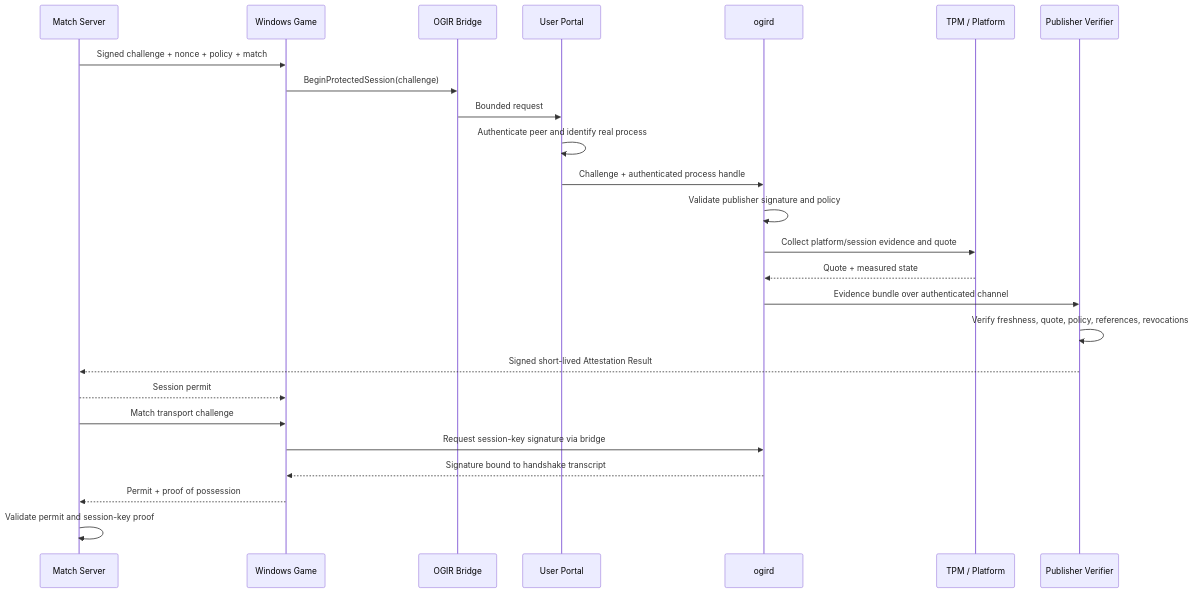
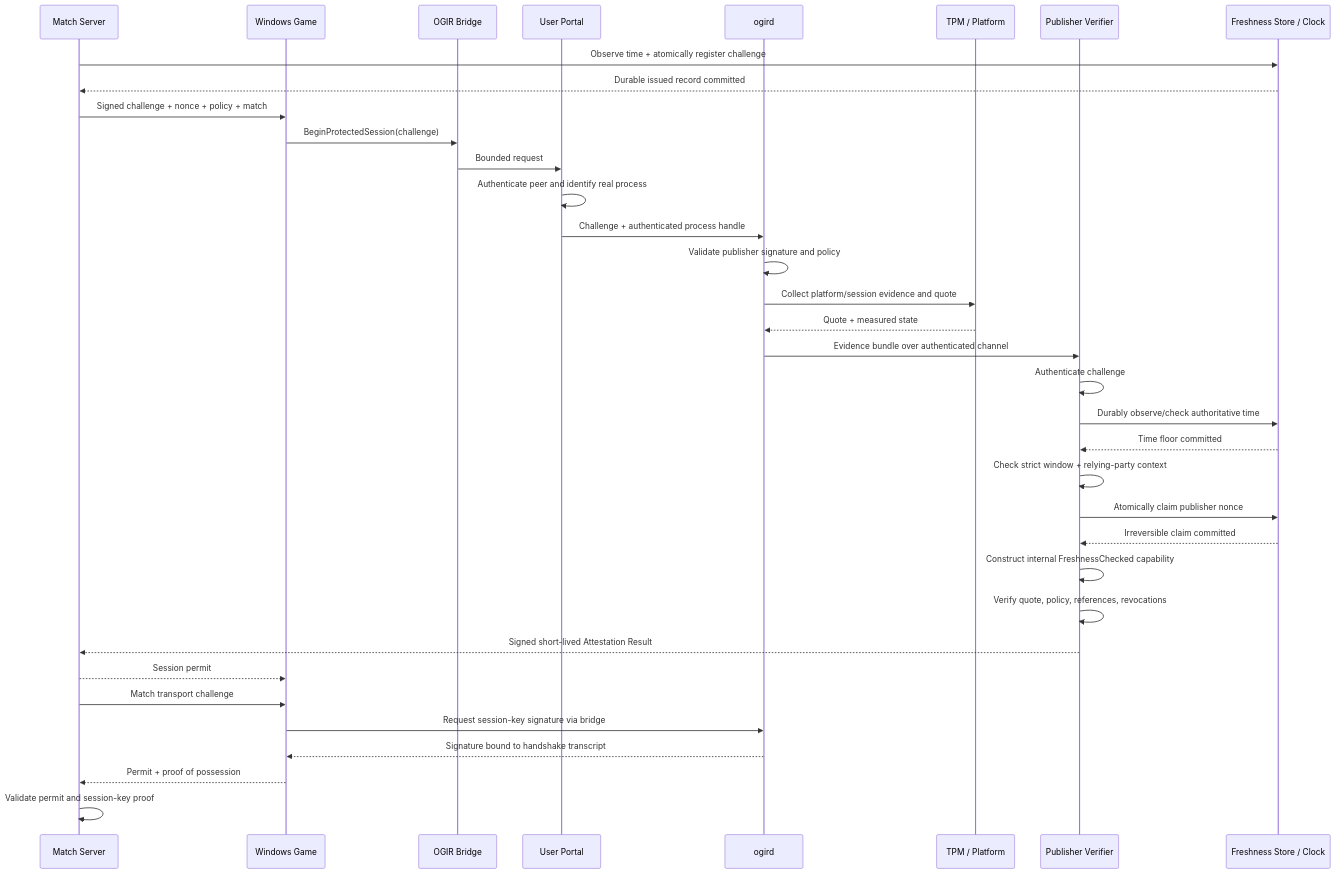
The second of 2 diagrams in docs/ARCHITECTURE.md (archledger/open-game-integrity-runtime), drawn with Mermaid before and after one commit. The commit also changed other lines of this file and 29 other files, not shown here.

First line of the commit message:
M1-008: Specify challenge freshness, expiry, and clock behavior (#9)

````diff
--- a/docs/ARCHITECTURE.md
+++ b/docs/ARCHITECTURE.md
@@ -202,28 +212,38 @@
 ```mermaid
 sequenceDiagram
     participant S as Match Server
     participant G as Windows Game
     participant B as OGIR Bridge
     participant P as User Portal
     participant A as ogird
     participant T as TPM / Platform
     participant V as Publisher Verifier
+    participant F as Freshness Store / Clock
 
+    S->>F: Observe time + atomically register challenge
+    F-->>S: Durable issued record committed
     S->>G: Signed challenge + nonce + policy + match
     G->>B: BeginProtectedSession(challenge)
     B->>P: Bounded request
     P->>P: Authenticate peer and identify real process
     P->>A: Challenge + authenticated process handle
     A->>A: Validate publisher signature and policy
     A->>T: Collect platform/session evidence and quote
     T-->>A: Quote + measured state
     A->>V: Evidence bundle over authenticated channel
-    V->>V: Verify freshness, quote, policy, references, revocations
+    V->>V: Authenticate challenge
+    V->>F: Durably observe/check authoritative time
+    F-->>V: Time floor committed
+    V->>V: Check strict window + relying-party context
+    V->>F: Atomically claim publisher nonce
+    F-->>V: Irreversible claim committed
+    V->>V: Construct internal FreshnessChecked capability
+    V->>V: Verify quote, policy, references, revocations
     V-->>S: Signed short-lived Attestation Result
     S-->>G: Session permit
     S->>G: Match transport challenge
     G->>A: Request session-key signature via bridge
     A-->>G: Signature bound to handshake transcript
     G-->>S: Permit + proof of possession
     S->>S: Validate permit and session-key proof
 ```
````
